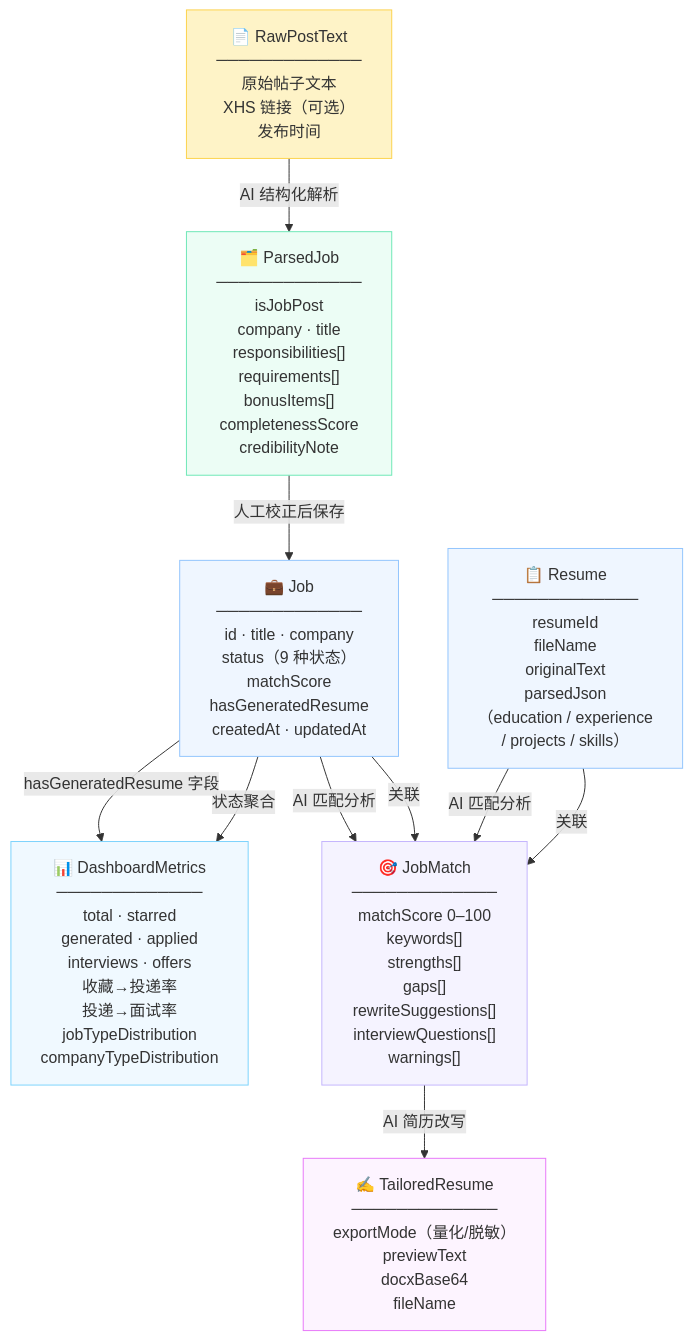
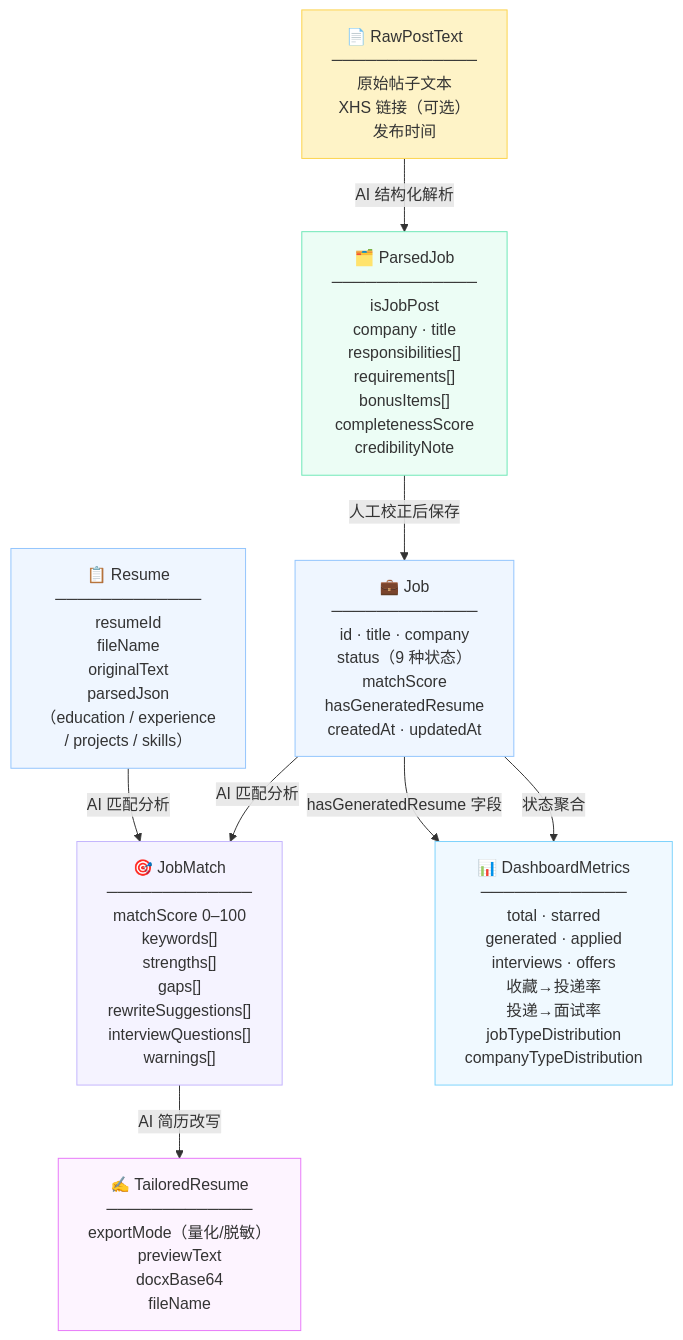
Before and after one commit to zhiman01/ai-job-radar: the fourth of 6 diagrams in docs/diagrams.md, drawn with Mermaid. The commit also changed other lines of this file and 2 other files, not shown here.

First line of the commit message:
feat: redesign landing page as case study + fix Mermaid compatibility

````diff
--- a/docs/diagrams.md
+++ b/docs/diagrams.md
@@ -185,33 +185,32 @@
 ```mermaid
 flowchart TD
     RAW["📄 RawPostText\n─────────────\n原始帖子文本\nXHS 链接（可选）\n发布时间"]
 
     PARSED["🗂️ ParsedJob\n─────────────\nisJobPost\ncompany · title\nresponsibilities[]\nrequirements[]\nbonusItems[]\ncompletenessScore\ncredibilityNote"]
 
     JOB["💼 Job\n─────────────\nid · title · company\nstatus（9 种状态）\nmatchScore\nhasGeneratedResume\ncreatedAt · updatedAt"]
 
     RESUME["📋 Resume\n─────────────\nresumeId\nfileName\noriginalText\nparsedJson\n（education / experience\n/ projects / skills）"]
 
     MATCH["🎯 JobMatch\n─────────────\nmatchScore 0–100\nkeywords[]\nstrengths[]\ngaps[]\nrewriteSuggestions[]\ninterviewQuestions[]\nwarnings[]"]
 
     TAILORED["✍️ TailoredResume\n─────────────\nexportMode（量化/脱敏）\npreviewText\ndocxBase64\nfileName"]
 
     DASHBOARD["📊 DashboardMetrics\n─────────────\ntotal · starred\ngenerated · applied\ninterviews · offers\n收藏→投递率\n投递→面试率\njobTypeDistribution\ncompanyTypeDistribution"]
 
     RAW -->|AI 结构化解析| PARSED
     PARSED -->|人工校正后保存| JOB
-    JOB -->|关联| MATCH
-    RESUME -->|关联| MATCH
-    JOB & RESUME -->|AI 匹配分析| MATCH
+    JOB -->|AI 匹配分析| MATCH
+    RESUME -->|AI 匹配分析| MATCH
     MATCH -->|AI 简历改写| TAILORED
     JOB -->|状态聚合| DASHBOARD
     JOB -->|hasGeneratedResume 字段| DASHBOARD
 
     style RAW fill:#FEF3C7,stroke:#FCD34D
     style PARSED fill:#ECFDF5,stroke:#6EE7B7
     style JOB fill:#EFF6FF,stroke:#93C5FD
     style RESUME fill:#EFF6FF,stroke:#93C5FD
     style MATCH fill:#F5F3FF,stroke:#C4B5FD
     style TAILORED fill:#FDF4FF,stroke:#E879F9
     style DASHBOARD fill:#F0F9FF,stroke:#7DD3FC
 ```
````
